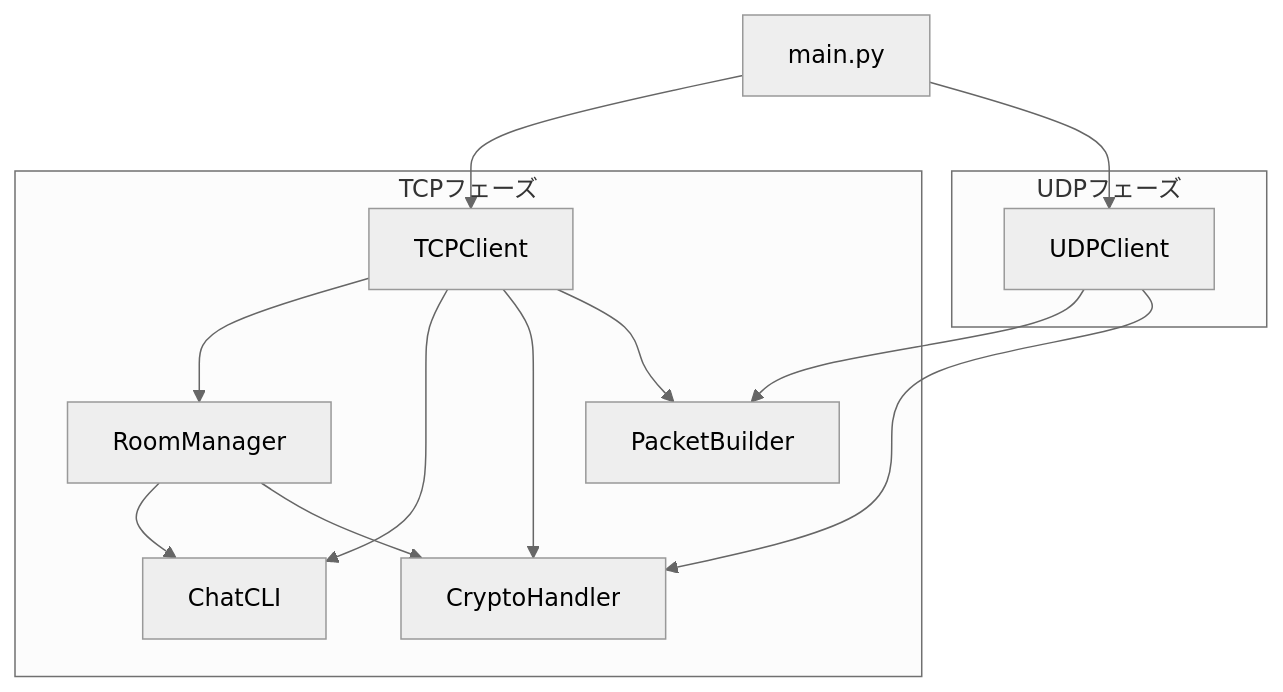
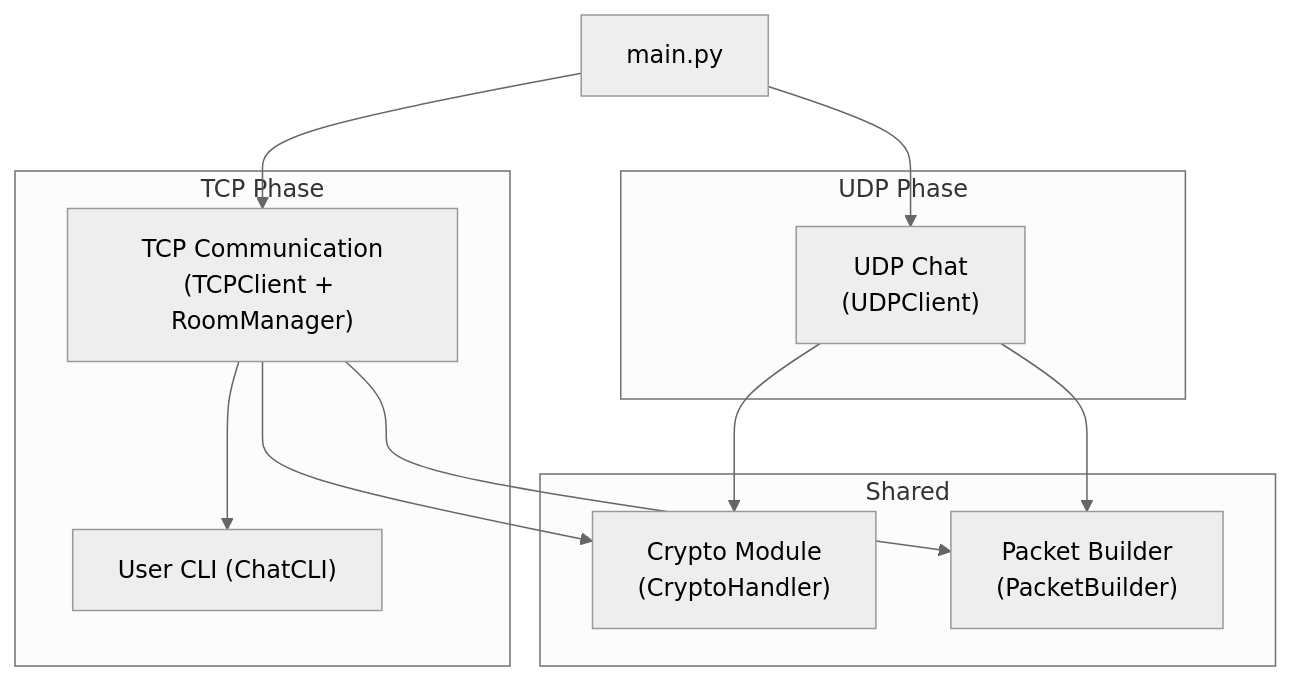
One commit to BackendExplorer/Online-Chat-Service changed the first of 5 diagrams in README.md. Above: the diagram before and after it, drawn with Mermaid (neutral theme).

````diff
--- a/README.md
+++ b/README.md
@@ -1,31 +1,28 @@
 ```mermaid
 flowchart TD
     main["main.py"]
 
-    subgraph TCPフェーズ
-        tcp[TCPClient]
-        room[RoomManager]
-        cli[ChatCLI]
-        crypto[CryptoHandler]
-        packet[PacketBuilder]
+    subgraph TCP Phase
+        tcp["TCP Communication\n(TCPClient + RoomManager)"]
+        cli["User CLI (ChatCLI)"]
     end
 
-    subgraph UDPフェーズ
-        udp[UDPClient]
+    subgraph UDP Phase
+        udp["UDP Chat\n(UDPClient)"]
+    end
+
+    subgraph Shared
+        crypto["Crypto Module\n(CryptoHandler)"]
+        packet["Packet Builder\n(PacketBuilder)"]
     end
 
     main --> tcp
-    tcp --> room
+    main --> udp
     tcp --> cli
     tcp --> crypto
     tcp --> packet
+    udp --> crypto
+    udp --> packet
 
-    room --> cli
-    room --> crypto
-
-    udp --> packet
-    udp --> crypto
-
-    main --> udp
 
 ```
````
